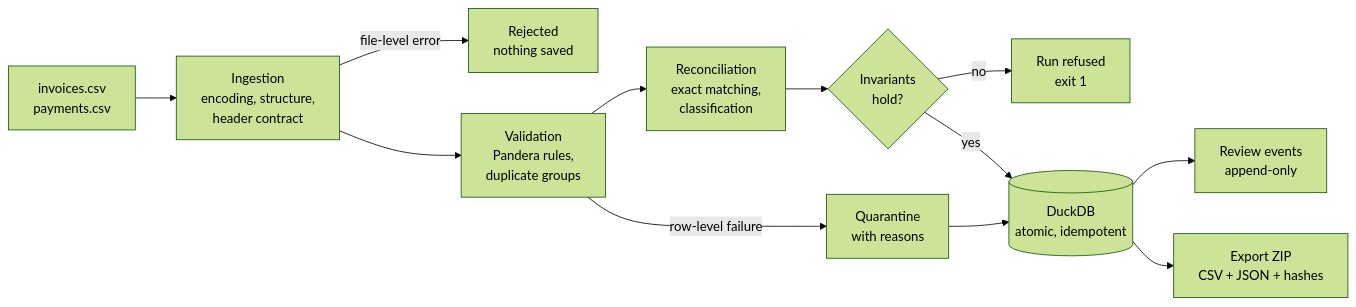
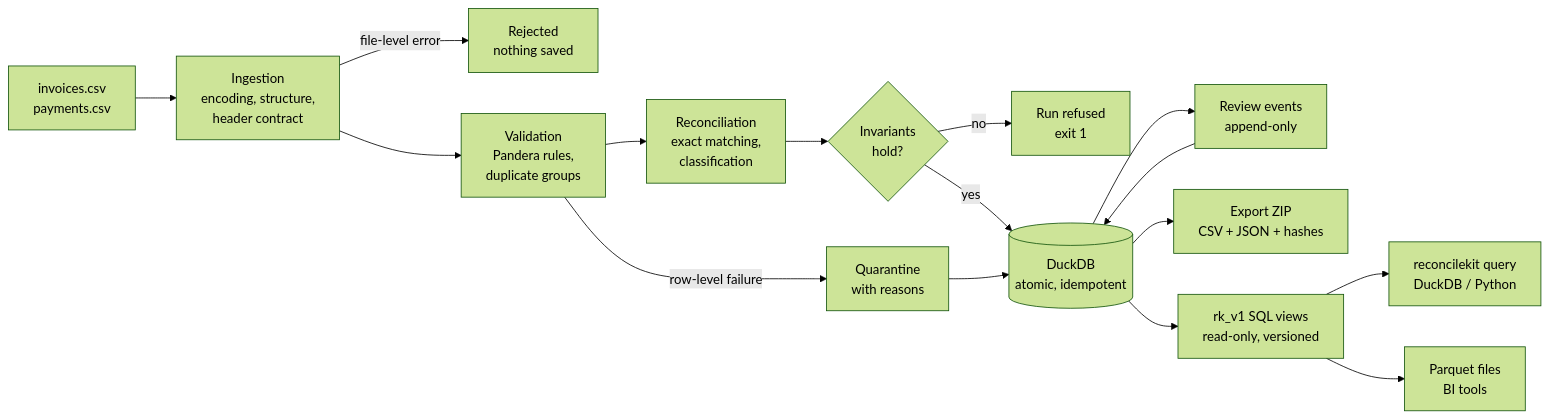
One commit to RichieGarafola/ReconcileKit changed the first of 2 diagrams in README.md. Above: the diagram before and after it, drawn with Mermaid (forest theme). The commit also changed other lines of this file and 17 other files, not shown here.

````diff
--- a/README.md
+++ b/README.md
@@ -39,14 +46,18 @@
 ```mermaid
 flowchart LR
     A[invoices.csv<br/>payments.csv] --> B[Ingestion<br/>encoding, structure,<br/>header contract]
     B -->|file-level error| R[Rejected<br/>nothing saved]
     B --> C[Validation<br/>Pandera rules,<br/>duplicate groups]
     C -->|row-level failure| Q[Quarantine<br/>with reasons]
     C --> D[Reconciliation<br/>exact matching,<br/>classification]
     D --> E{Invariants<br/>hold?}
     E -->|no| F[Run refused<br/>exit 1]
     E -->|yes| G[(DuckDB<br/>atomic, idempotent)]
     G --> H[Review events<br/>append-only]
     G --> I[Export ZIP<br/>CSV + JSON + hashes]
     Q --> G
+    H --> G
+    G --> V[rk_v1 SQL views<br/>read-only, versioned]
+    V --> W[reconcilekit query<br/>DuckDB / Python]
+    V --> X[Parquet files<br/>BI tools]
 ```
````
